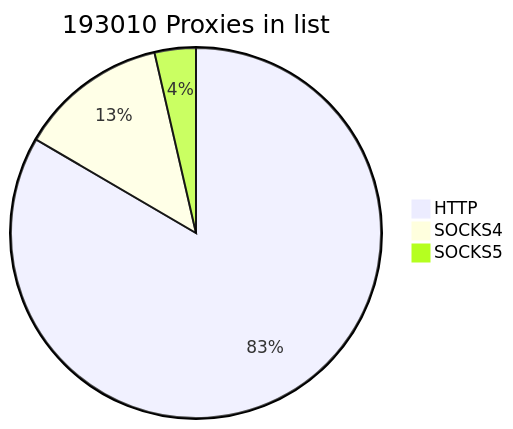
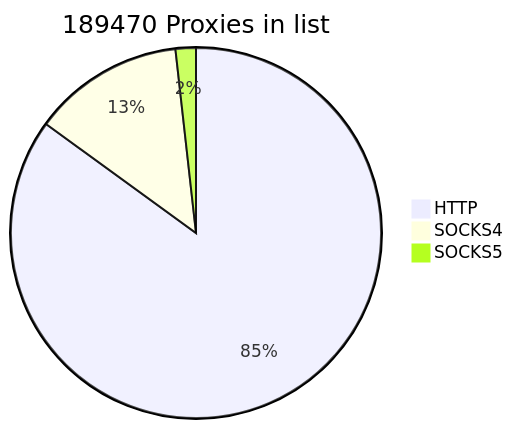
The first of 2 diagrams in README.md (cutipu/proxylist), drawn with Mermaid before and after one commit. The commit also changed other lines of this file, not shown here.

````diff
--- a/README.md
+++ b/README.md
@@ -2,7 +2,7 @@
 ```mermaid
-pie title 193010 Proxies in list
-    "HTTP" : 161007
+pie title 189470 Proxies in list
+    "HTTP" : 161052
     "SOCKS4" : 25052
-    "SOCKS5" : 6951
+    "SOCKS5" : 3366
             
 ```
````
